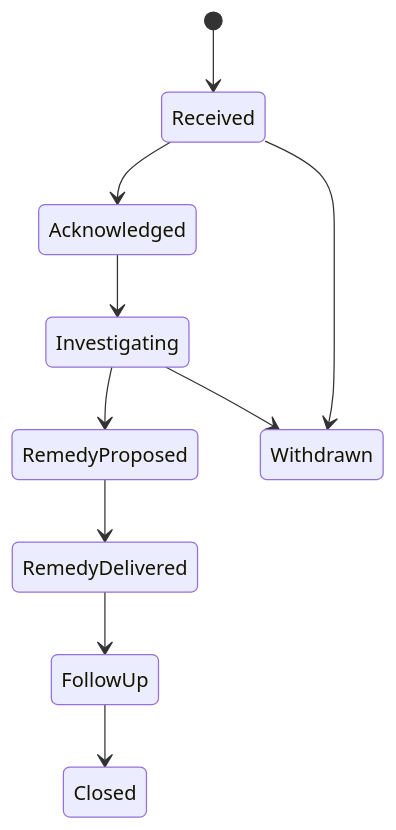
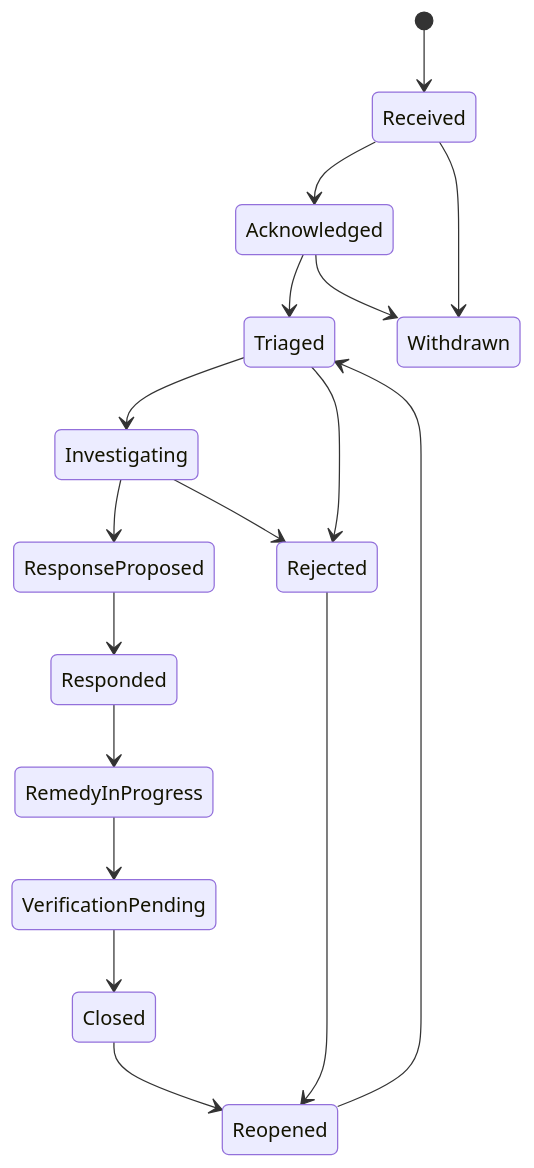
The fifth of 6 diagrams in docs/UML.md (ContextualWisdomLab/ELUNVERA), drawn with Mermaid before and after one commit. The commit also changed 6 other files, not shown here.

````diff
--- a/docs/UML.md
+++ b/docs/UML.md
@@ -88,12 +88,19 @@
 ```mermaid
 stateDiagram-v2
     [*] --> Received
     Received --> Acknowledged
-    Acknowledged --> Investigating
-    Investigating --> RemedyProposed
-    RemedyProposed --> RemedyDelivered
-    RemedyDelivered --> FollowUp
-    FollowUp --> Closed
+    Acknowledged --> Triaged
+    Triaged --> Investigating
+    Investigating --> ResponseProposed
+    ResponseProposed --> Responded
+    Responded --> RemedyInProgress
+    RemedyInProgress --> VerificationPending
+    VerificationPending --> Closed
     Received --> Withdrawn
-    Investigating --> Withdrawn
+    Acknowledged --> Withdrawn
+    Triaged --> Rejected
+    Investigating --> Rejected
+    Closed --> Reopened
+    Rejected --> Reopened
+    Reopened --> Triaged
 ```
````
